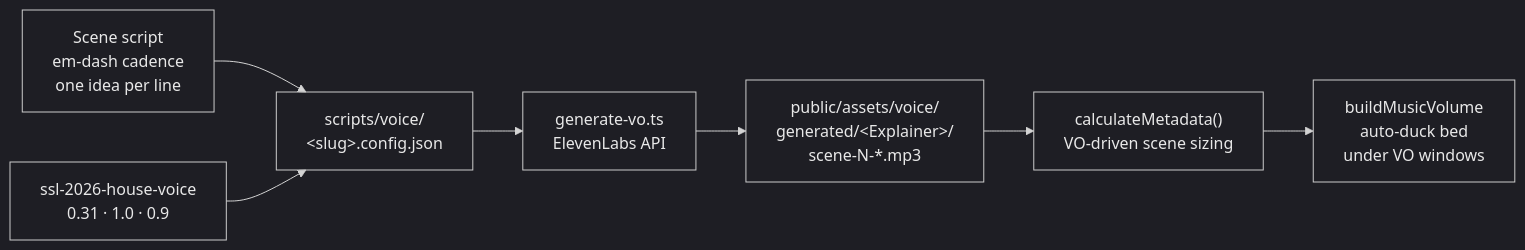
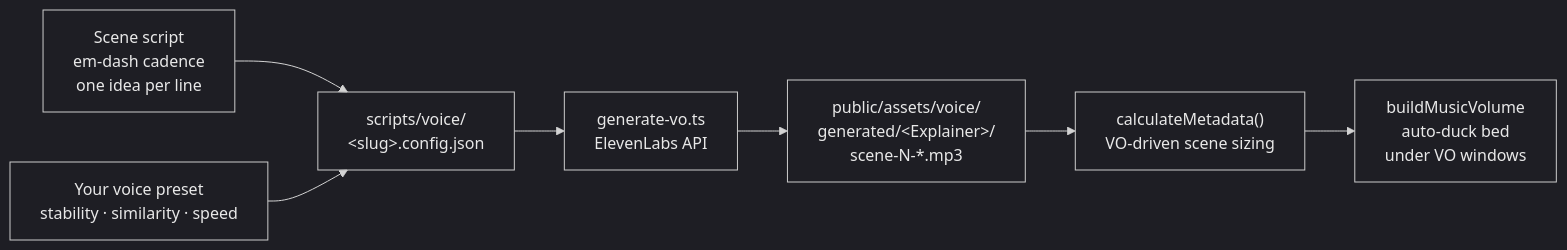
The third of 4 diagrams in README.md (sellersessions/claude-remotion-flow), drawn with Mermaid before and after one commit. The commit also changed other lines of this file and 14 other files, not shown here.

````diff
--- a/README.md
+++ b/README.md
@@ -206,18 +198,18 @@
 ```mermaid
 %%{init: {'theme': 'dark', 'themeVariables': {'nodeTextColor': '#e8e8e8', 'primaryTextColor': '#e8e8e8', 'secondaryTextColor': '#cccccc', 'tertiaryTextColor': '#cccccc', 'clusterBkg': 'transparent', 'clusterBorder': '#8b949e'}}}%%
 graph LR
     SCRIPT["Scene script<br/>em-dash cadence<br/>one idea per line"] --> CONFIG["scripts/voice/<br/>&lt;slug&gt;.config.json"]
-    PRESET["ssl-2026-house-voice<br/>0.31 · 1.0 · 0.9"] --> CONFIG
+    PRESET["Your voice preset<br/>stability · similarity · speed"] --> CONFIG
     CONFIG --> GEN["generate-vo.ts<br/>ElevenLabs API"]
     GEN --> MP3S["public/assets/voice/<br/>generated/&lt;Explainer&gt;/<br/>scene-N-*.mp3"]
     MP3S --> META["calculateMetadata()<br/>VO-driven scene sizing"]
     META --> DUCK["buildMusicVolume<br/>auto-duck bed<br/>under VO windows"]
 
     style SCRIPT fill:none,stroke-width:1px,color:#e8e8e8
     style PRESET fill:none,stroke-width:1px,color:#e8e8e8
     style CONFIG fill:none,stroke-width:1px,color:#e8e8e8
     style GEN fill:none,stroke-width:1px,color:#e8e8e8
     style MP3S fill:none,stroke-width:1px,color:#e8e8e8
     style META fill:none,stroke-width:1px,color:#e8e8e8
     style DUCK fill:none,stroke-width:1px,color:#e8e8e8
 ```
````
